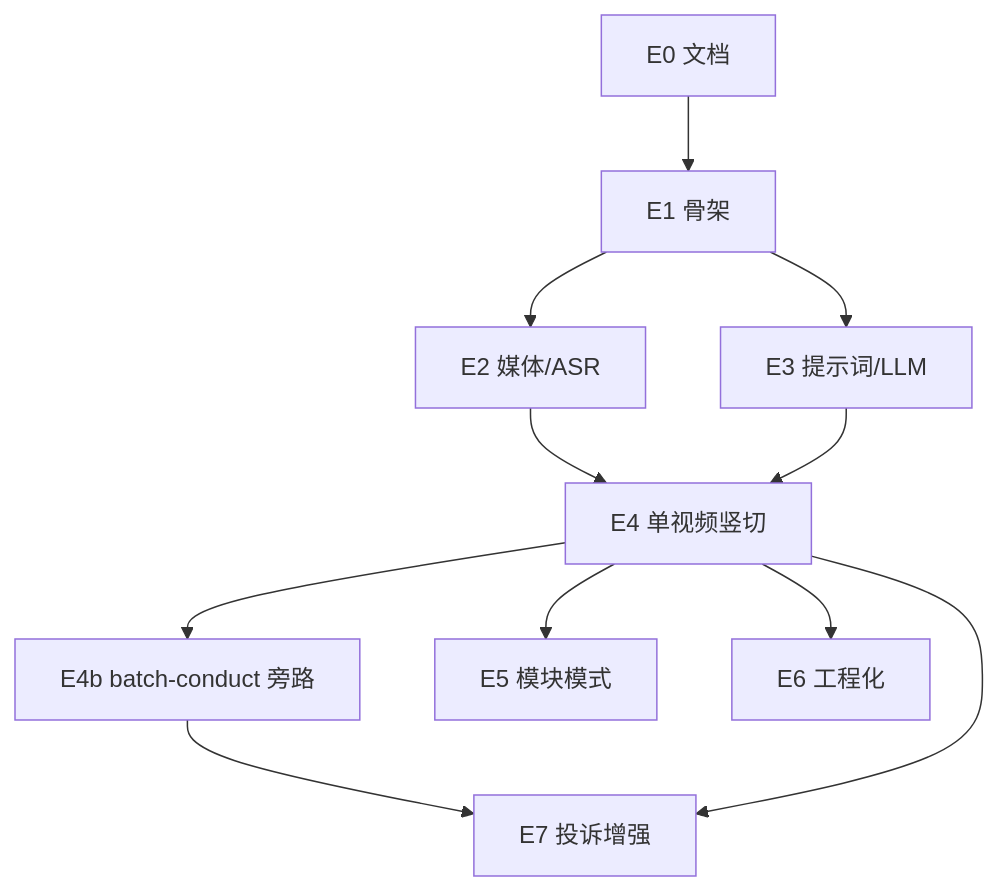
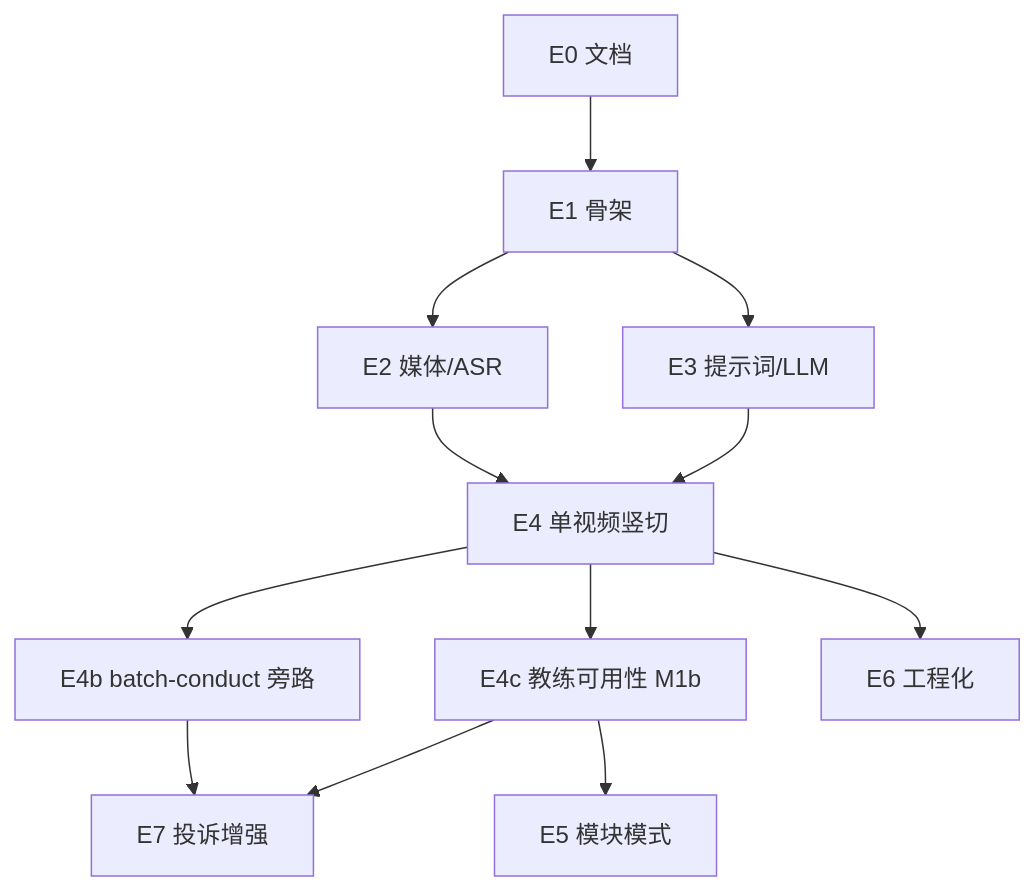
Before and after one commit to IdEvEbI/lesson-review-ai: the diagram in docs/03-delivery/001_issue-map_竖切与Issue清单.md, drawn with Mermaid. The commit also changed other lines of this file and 8 other files, not shown here.

````diff
--- a/docs/03-delivery/001_issue-map_竖切与Issue清单.md
+++ b/docs/03-delivery/001_issue-map_竖切与Issue清单.md
@@ -116,13 +138,14 @@
 ```mermaid
 flowchart TD
   E01[E0 文档] --> E11[E1 骨架]
   E11 --> E21[E2 媒体/ASR]
   E11 --> E31[E3 提示词/LLM]
   E21 --> E41[E4 单视频竖切]
   E31 --> E41
   E41 --> E4b[E4b batch-conduct 旁路]
-  E41 --> E51[E5 模块模式]
+  E41 --> E4c[E4c 教练可用性 M1b]
+  E4c --> E51[E5 模块模式]
   E41 --> E61[E6 工程化]
   E4b --> E71[E7 投诉增强]
-  E41 --> E71
+  E4c --> E71
 ```
````
